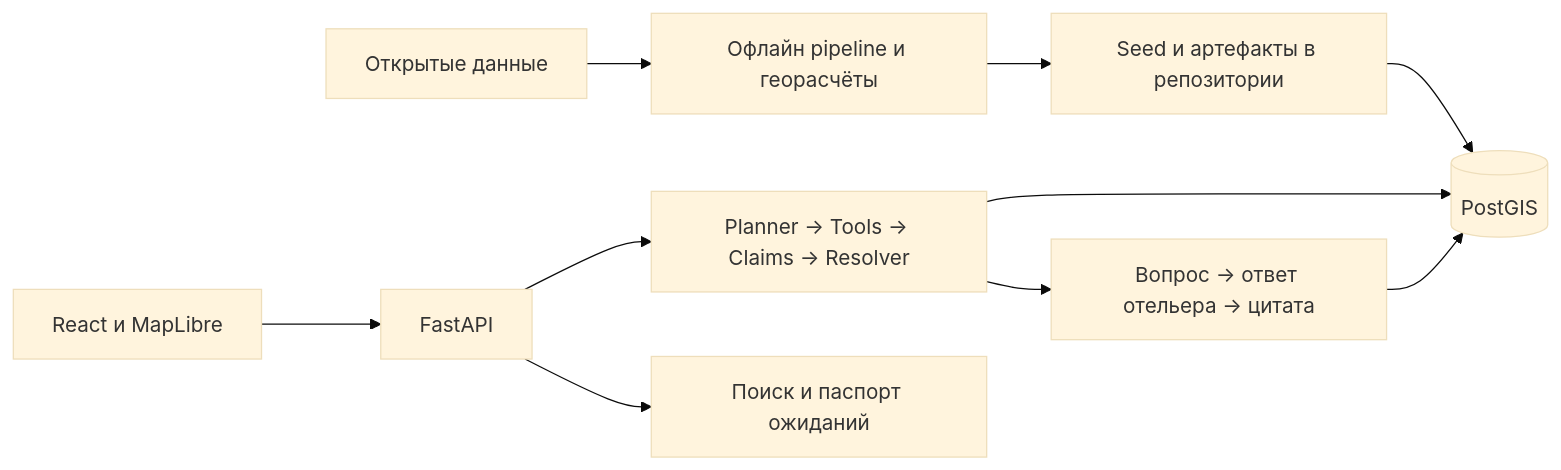
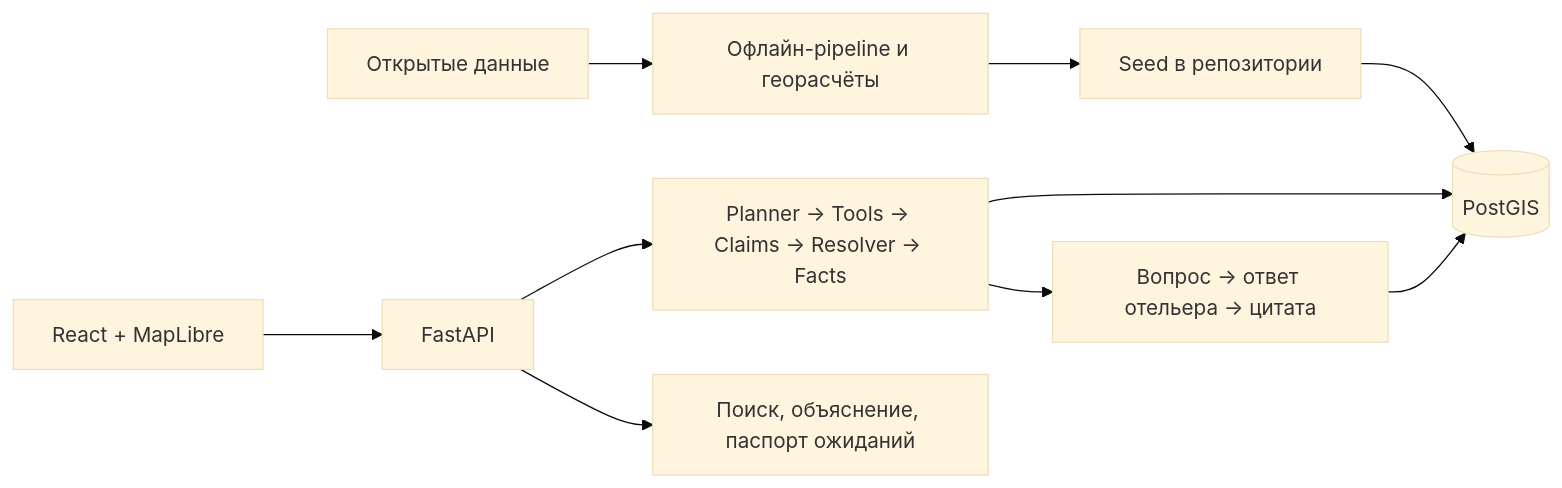
The diagram in README.md (shttrkk/okoshko), drawn with Mermaid (base theme) before and after one commit. The commit also changed other lines of this file and 51 other files, not shown here.

````diff
--- a/README.md
+++ b/README.md
@@ -241,12 +108,12 @@
 ```mermaid
 flowchart LR
-  D[Открытые данные] --> P[Офлайн pipeline и георасчёты]
-  P --> S[Seed и артефакты в репозитории]
+  D[Открытые данные] --> P[Офлайн-pipeline и георасчёты]
+  P --> S[Seed в репозитории]
   S --> DB[(PostGIS)]
-  U[React и MapLibre] --> A[FastAPI]
-  A --> R[Planner → Tools → Claims → Resolver]
+  U[React + MapLibre] --> A[FastAPI]
+  A --> R[Planner → Tools → Claims → Resolver → Facts]
   R --> DB
   R --> H[Вопрос → ответ отельера → цитата]
   H --> DB
-  A --> E[Поиск и паспорт ожиданий]
+  A --> E[Поиск, объяснение, паспорт ожиданий]
 ```
````
